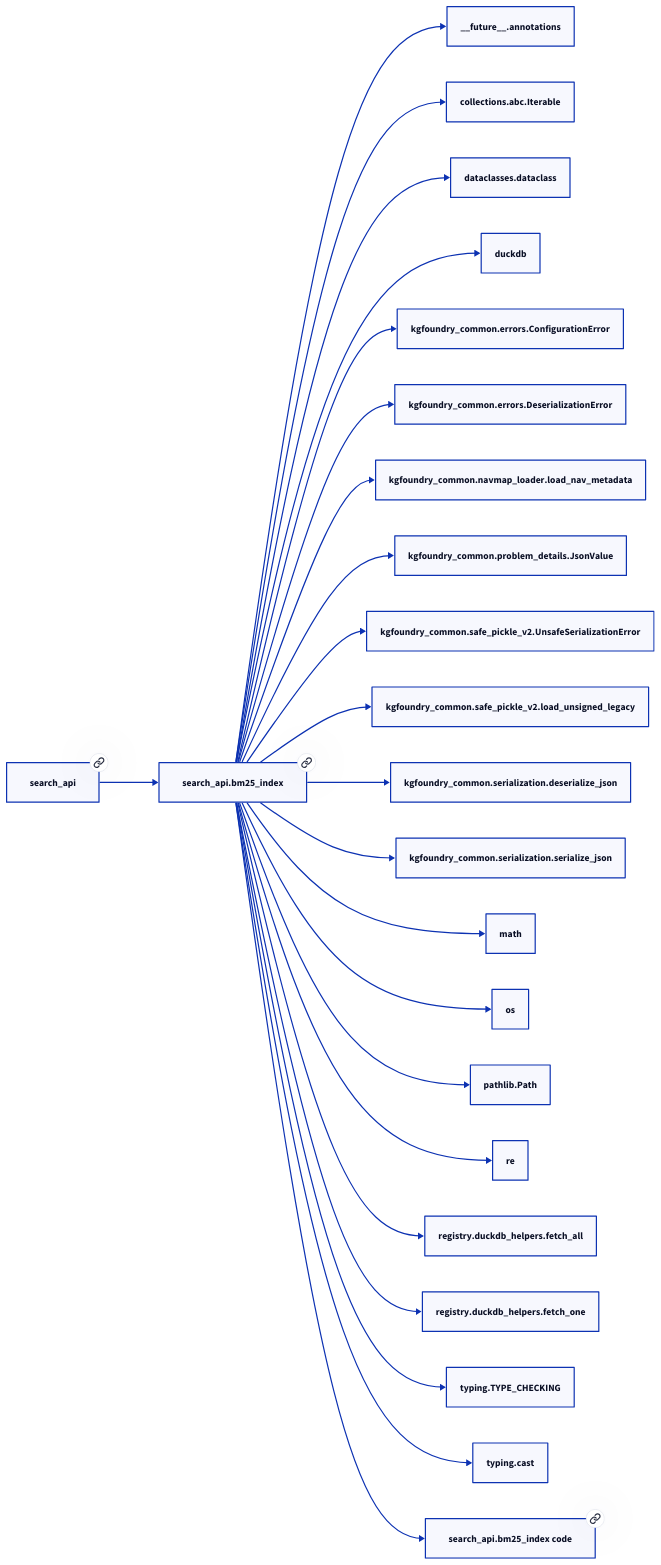
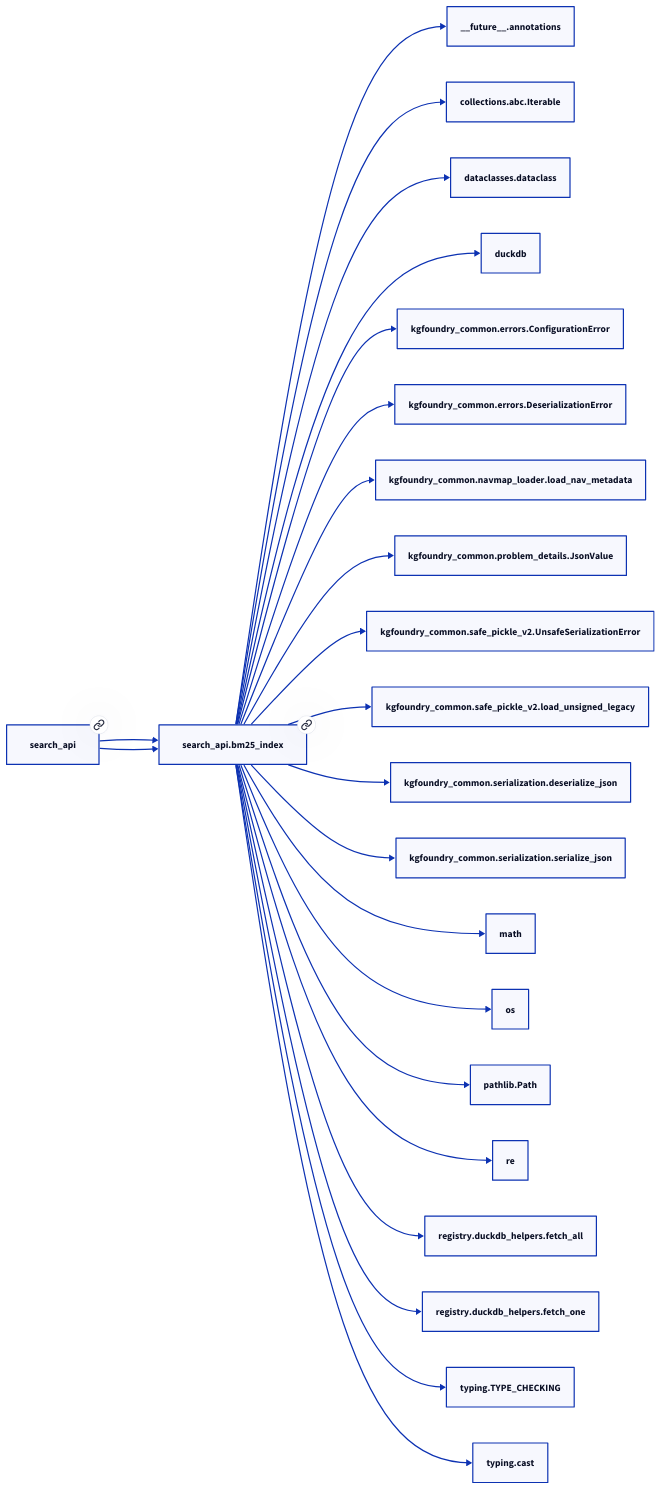
One commit to paul-heyse/kgforge changed the second of 2 diagrams in docs/modules/search_api/bm25_index.md. Above: the diagram before and after it, drawn with D2. The commit also changed other lines of this file and 208 other files, not shown here.

````diff
--- a/docs/modules/search_api/bm25_index.md
+++ b/docs/modules/search_api/bm25_index.md
@@ -57,48 +61,47 @@
 ```d2
 direction: right
-"search_api.bm25_index": "search_api.bm25_index" { link: "./search_api/bm25_index.md" }
+"search_api.bm25_index": "search_api.bm25_index" { link: "https://github.com/paul-heyse/kgfoundry/blob/main/src/search_api/bm25_index.py" }
 "__future__.annotations": "__future__.annotations"
 "search_api.bm25_index" -> "__future__.annotations"
 "collections.abc.Iterable": "collections.abc.Iterable"
 "search_api.bm25_index" -> "collections.abc.Iterable"
 "dataclasses.dataclass": "dataclasses.dataclass"
 "search_api.bm25_index" -> "dataclasses.dataclass"
 "duckdb": "duckdb"
 "search_api.bm25_index" -> "duckdb"
 "kgfoundry_common.errors.ConfigurationError": "kgfoundry_common.errors.ConfigurationError"
 "search_api.bm25_index" -> "kgfoundry_common.errors.ConfigurationError"
 "kgfoundry_common.errors.DeserializationError": "kgfoundry_common.errors.DeserializationError"
 "search_api.bm25_index" -> "kgfoundry_common.errors.DeserializationError"
 "kgfoundry_common.navmap_loader.load_nav_metadata": "kgfoundry_common.navmap_loader.load_nav_metadata"
 "search_api.bm25_index" -> "kgfoundry_common.navmap_loader.load_nav_metadata"
 "kgfoundry_common.problem_details.JsonValue": "kgfoundry_common.problem_details.JsonValue"
 "search_api.bm25_index" -> "kgfoundry_common.problem_details.JsonValue"
 "kgfoundry_common.safe_pickle_v2.UnsafeSerializationError": "kgfoundry_common.safe_pickle_v2.UnsafeSerializationError"
 "search_api.bm25_index" -> "kgfoundry_common.safe_pickle_v2.UnsafeSerializationError"
 "kgfoundry_common.safe_pickle_v2.load_unsigned_legacy": "kgfoundry_common.safe_pickle_v2.load_unsigned_legacy"
 "search_api.bm25_index" -> "kgfoundry_common.safe_pickle_v2.load_unsigned_legacy"
 "kgfoundry_common.serialization.deserialize_json": "kgfoundry_common.serialization.deserialize_json"
 "search_api.bm25_index" -> "kgfoundry_common.serialization.deserialize_json"
 "kgfoundry_common.serialization.serialize_json": "kgfoundry_common.serialization.serialize_json"
 "search_api.bm25_index" -> "kgfoundry_common.serialization.serialize_json"
 "math": "math"
 "search_api.bm25_index" -> "math"
 "os": "os"
 "search_api.bm25_index" -> "os"
 "pathlib.Path": "pathlib.Path"
 "search_api.bm25_index" -> "pathlib.Path"
 "re": "re"
 "search_api.bm25_index" -> "re"
 "registry.duckdb_helpers.fetch_all": "registry.duckdb_helpers.fetch_all"
 "search_api.bm25_index" -> "registry.duckdb_helpers.fetch_all"
 "registry.duckdb_helpers.fetch_one": "registry.duckdb_helpers.fetch_one"
 "search_api.bm25_index" -> "registry.duckdb_helpers.fetch_one"
 "typing.TYPE_CHECKING": "typing.TYPE_CHECKING"
 "search_api.bm25_index" -> "typing.TYPE_CHECKING"
 "typing.cast": "typing.cast"
 "search_api.bm25_index" -> "typing.cast"
-"search_api": "search_api" { link: "./search_api.md" }
+"search_api": "search_api" { link: "https://github.com/paul-heyse/kgfoundry/blob/main/src/search_api/__init__.py" }
 "search_api" -> "search_api.bm25_index"
-"search_api.bm25_index_code": "search_api.bm25_index code" { link: "https://github.com/kgfoundry/kgfoundry/blob/main/src/search_api/bm25_index.py" }
-"search_api.bm25_index" -> "search_api.bm25_index_code" { style: dashed }
+"search_api" -> "search_api.bm25_index" { style: dashed }
 ```
````
